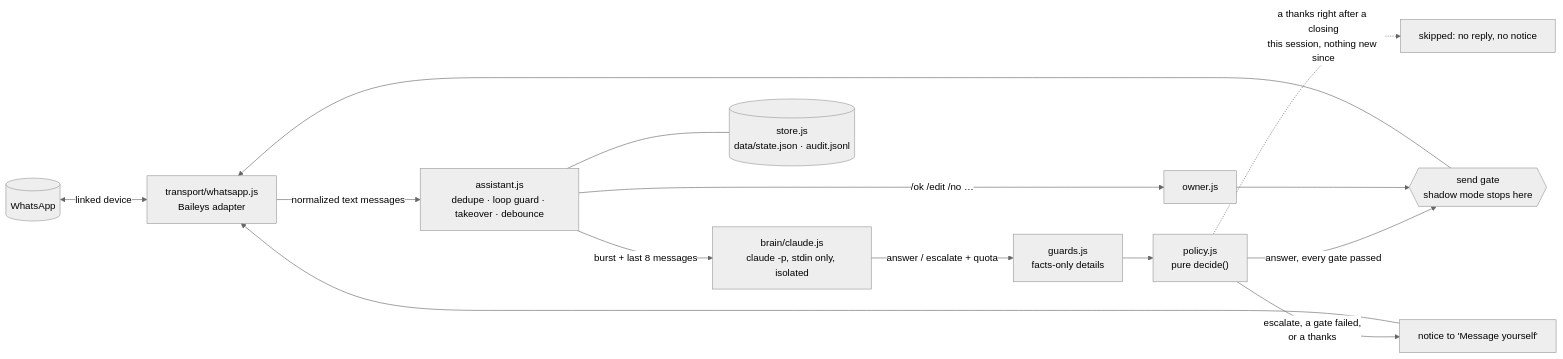
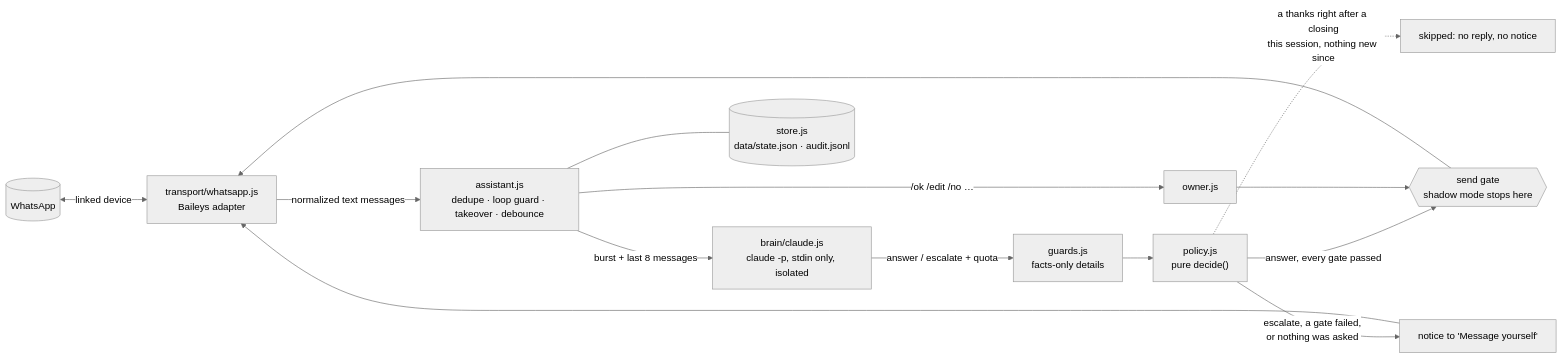
The diagram in README.md (dolphinigle/wa-claude-assistant), drawn with Mermaid (neutral theme) before and after one commit. The commit also changed other lines of this file and 8 other files, not shown here.

````diff
--- a/README.md
+++ b/README.md
@@ -41,16 +41,16 @@
 ```mermaid
 flowchart LR
   WA[("WhatsApp")] <-->|linked device| T["transport/whatsapp.js<br/>Baileys adapter"]
   T -->|normalized text messages| A["assistant.js<br/>dedupe · loop guard · takeover · debounce"]
   A -->|"burst + last 8 messages"| B["brain/claude.js<br/>claude -p, stdin only, isolated"]
   B -->|"answer / escalate + quota"| G["guards.js<br/>facts-only details"]
   G --> P["policy.js<br/>pure decide()"]
   P -->|"answer, every gate passed"| S{{"send gate<br/>shadow mode stops here"}}
-  P -->|"escalate, a gate failed,<br/>or a thanks"| N["notice to 'Message yourself'"]
+  P -->|"escalate, a gate failed,<br/>or nothing was asked"| N["notice to 'Message yourself'"]
   P -.->|"a thanks right after a closing<br/>this session, nothing new since"| K["skipped: no reply, no notice"]
   A -->|"/ok /edit /no …"| O["owner.js"]
   O --> S
   S --> T
   N --> T
   A --- ST[("store.js<br/>data/state.json · audit.jsonl")]
 ```
````
